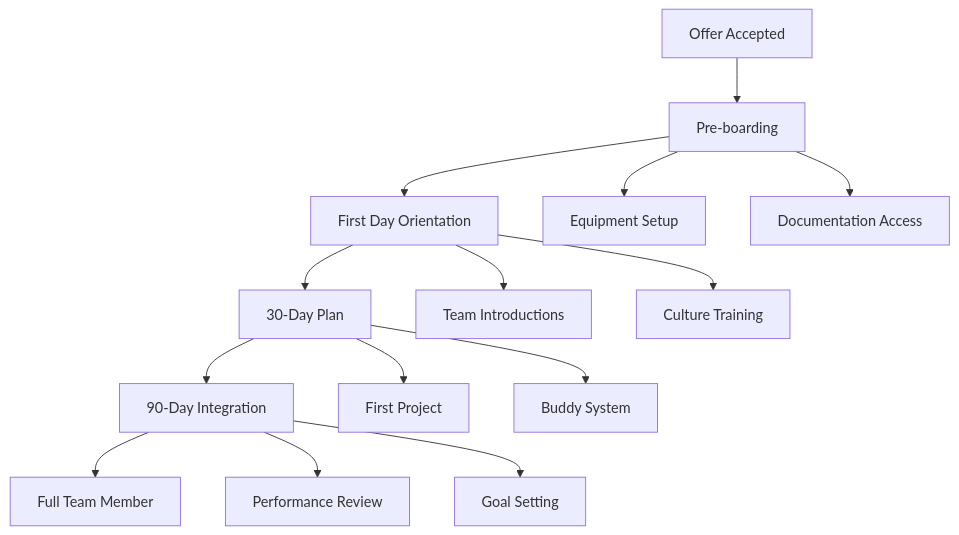
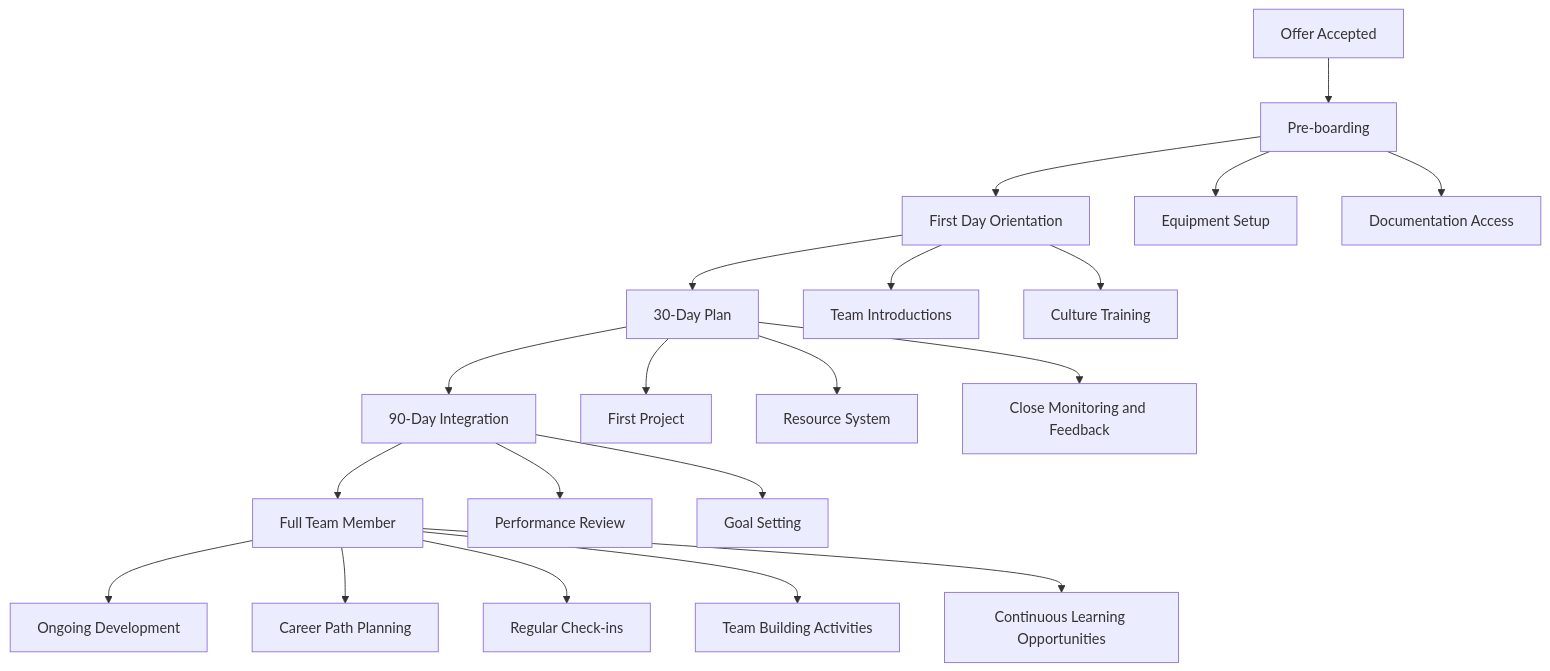
One commit to cheungupdt/mywebsite changed the diagram in src/leadership/team-management.md. Above: the diagram before and after it, drawn with Mermaid. The commit also changed other lines of this file and 19 other files, not shown here.

````diff
--- a/src/leadership/team-management.md
+++ b/src/leadership/team-management.md
@@ -23,17 +23,23 @@
 ```mermaid
 graph TD
-    A[Offer Accepted] --> B[Pre-boarding]
-    B --> C[First Day Orientation]
-    C --> D[30-Day Plan]
-    D --> E[90-Day Integration]
-    E --> F[Full Team Member]
+    A[Offer Accepted] -->B[Pre-boarding]
+    B -->C[First Day Orientation]
+    C -->D[30-Day Plan]
+    D -->E[90-Day Integration]
+    E -->F[Full Team Member]
     
-    B --> B1[Equipment Setup]
-    B --> B2[Documentation Access]
-    C --> C1[Team Introductions]
-    C --> C2[Culture Training]
-    D --> D1[First Project]
-    D --> D2[Buddy System]
-    E --> E1[Performance Review]
-    E --> E2[Goal Setting]
+    B -->B1[Equipment Setup]
+    B -->B2[Documentation Access]
+    C -->C1[Team Introductions]
+    C -->C2[Culture Training]
+    D -->D1[First Project]
+    D -->D2[Resource System]
+    D -->D3[Close Monitoring and Feedback]
+    E -->E1[Performance Review]
+    E -->E2[Goal Setting]
+    F -->F1[Ongoing Development]
+    F -->F2[Career Path Planning] 
+    F -->F3[Regular Check-ins]
+    F -->F4[Team Building Activities] 
+    F -->F5[Continuous Learning Opportunities]
 ```
````
